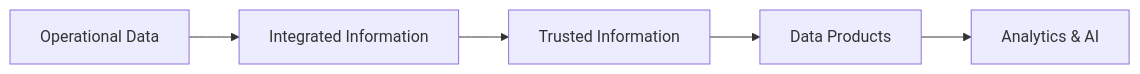
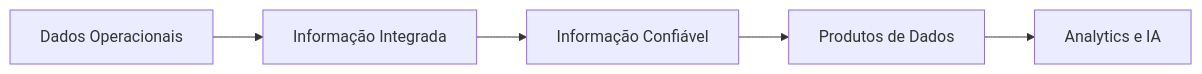
One commit to rogereufrasio/adtech-omnichannel-platform changed the second of 2 diagrams in programs/02-enterprise-data-ai-platform/information-architecture/enterprise-information-model.md. Above: the diagram before and after it, drawn with Mermaid. The commit also changed other lines of this file and 260 other files, not shown here.

Commit message:
release: finalize Enterprise Architecture Practice v1.0.0

````diff
--- a/programs/02-enterprise-data-ai-platform/information-architecture/enterprise-information-model.md
+++ b/programs/02-enterprise-data-ai-platform/information-architecture/enterprise-information-model.md
@@ -100,18 +108,14 @@
 ```mermaid
 flowchart LR
 
-A[Operational Data]
-
-B[Integrated Information]
-
-C[Trusted Information]
-
-D[Data Products]
-
-E[Analytics & AI]
+A["Dados Operacionais"]
+B["Informação Integrada"]
+C["Informação Confiável"]
+D["Produtos de Dados"]
+E["Analytics e IA"]
 
 A --> B
 B --> C
 C --> D
 D --> E
 ```
````
